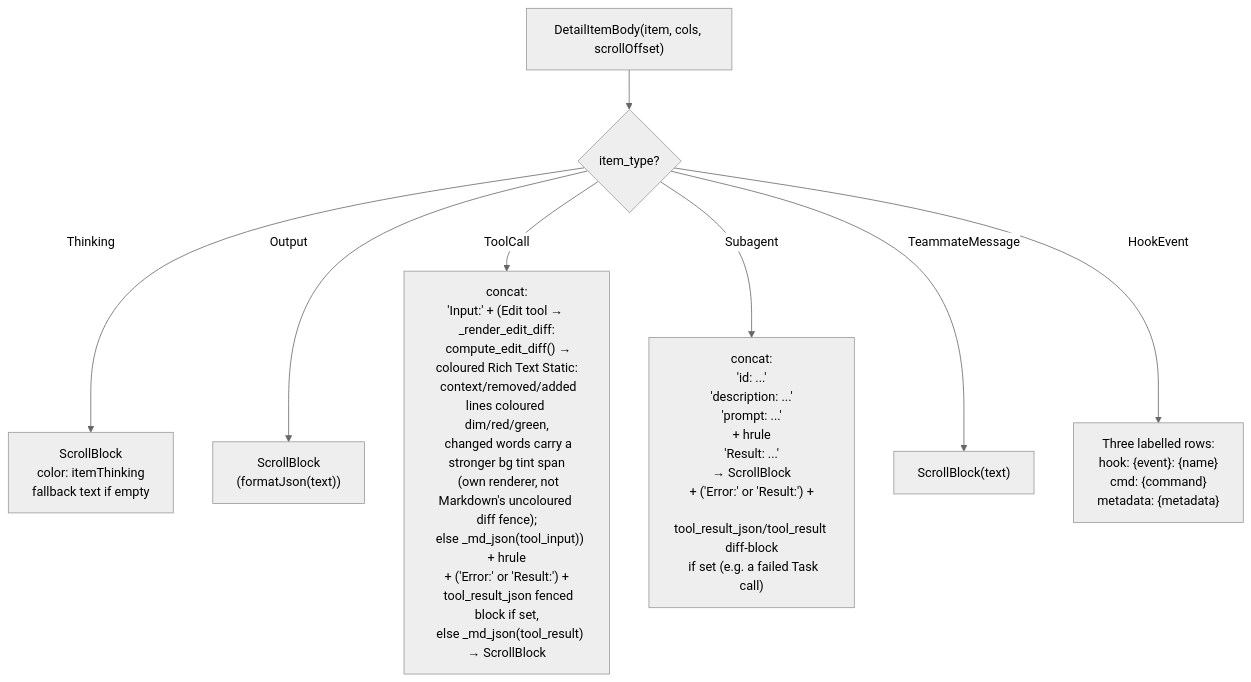
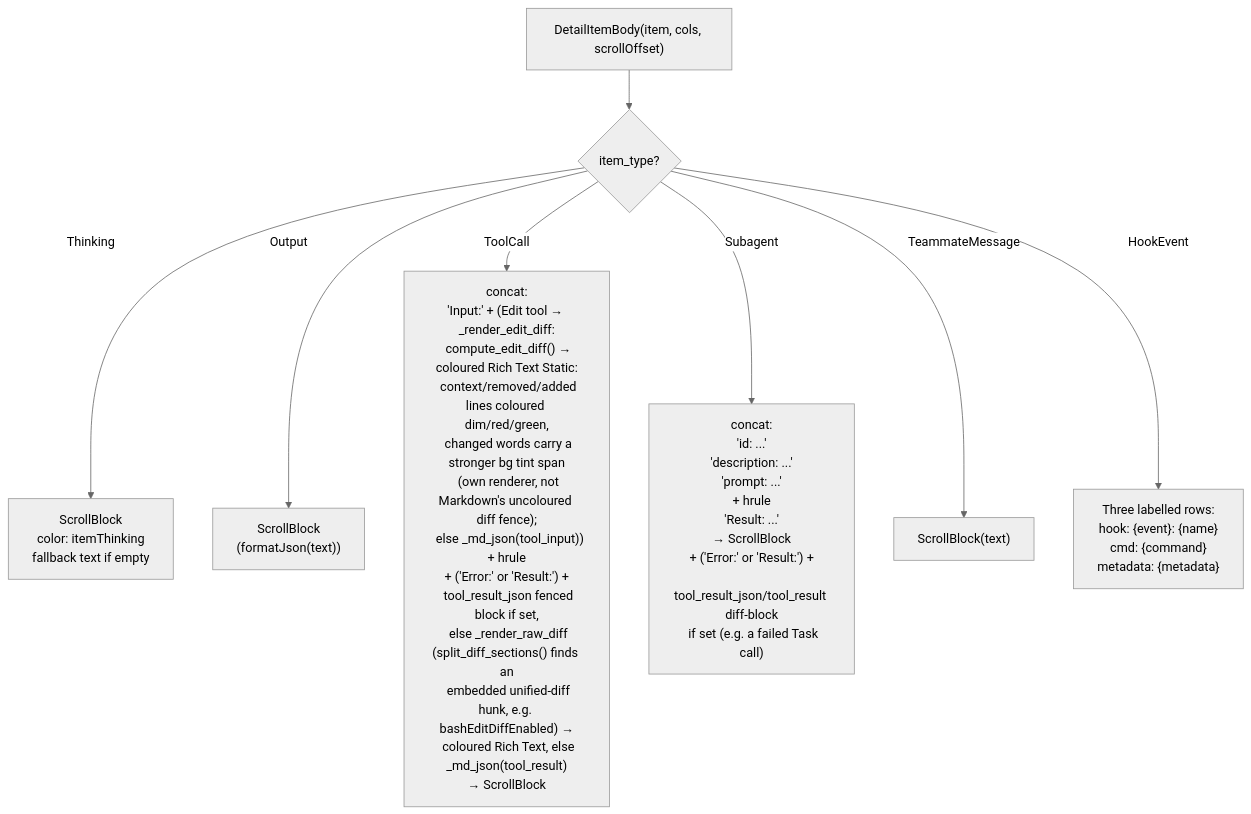
The third of 14 diagrams in specs/13-item-rendering.md (delexw/claude-code-trace), drawn with Mermaid (neutral theme) before and after one commit. The commit also changed other lines of this file and 11 other files, not shown here.

First line of the commit message:
fix(compat): render embedded diff hunks in Bash tool_result distinctly (v2.1.269, #315) (#325)

````diff
--- a/specs/13-item-rendering.md
+++ b/specs/13-item-rendering.md
@@ -118,12 +118,12 @@
 ```mermaid
 flowchart TD
     BODY["DetailItemBody(item, cols, scrollOffset)"]
     BODY --> T{"item_type?"}
 
     T -->|"Thinking"| TH["ScrollBlock\ncolor: itemThinking\nfallback text if empty"]
     T -->|"Output"| OUT["ScrollBlock\n(formatJson(text))"]
-    T -->|"ToolCall"| TC["concat:\n'Input:' + (Edit tool → _render_edit_diff:\n  compute_edit_diff() → coloured Rich Text Static:\n  context/removed/added lines coloured dim/red/green,\n  changed words carry a stronger bg tint span\n  (own renderer, not Markdown's uncoloured diff fence);\n  else _md_json(tool_input))\n+ hrule\n+ ('Error:' or 'Result:') +\n  tool_result_json fenced block if set,\n  else _md_json(tool_result)\n→ ScrollBlock"]
+    T -->|"ToolCall"| TC["concat:\n'Input:' + (Edit tool → _render_edit_diff:\n  compute_edit_diff() → coloured Rich Text Static:\n  context/removed/added lines coloured dim/red/green,\n  changed words carry a stronger bg tint span\n  (own renderer, not Markdown's uncoloured diff fence);\n  else _md_json(tool_input))\n+ hrule\n+ ('Error:' or 'Result:') +\n  tool_result_json fenced block if set,\n  else _render_raw_diff (split_diff_sections() finds an\n  embedded unified-diff hunk, e.g. bashEditDiffEnabled) →\n  coloured Rich Text, else _md_json(tool_result)\n→ ScrollBlock"]
     T -->|"Subagent"| SA["concat:\n'id: ...'\n'description: ...'\n'prompt: ...'\n+ hrule\n'Result: ...'\n→ ScrollBlock\n+ ('Error:' or 'Result:') +\n  tool_result_json/tool_result diff-block\n  if set (e.g. a failed Task call)"]
     T -->|"TeammateMessage"| TM["ScrollBlock(text)"]
     T -->|"HookEvent"| HK["Three labelled rows:\nhook: {event}: {name}\ncmd: {command}\nmetadata: {metadata}"]
 ```
````
